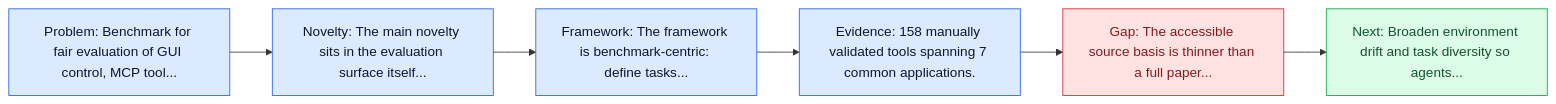
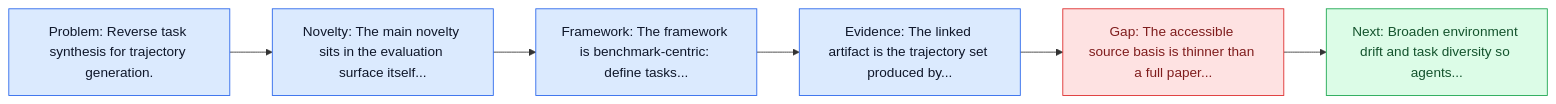
One commit to wjhou/awesome-computer-use-agents changed the first of 2 diagrams in reports/link-audit/papers/benchmarks-and-datasets/os-genesis-trajectories.md. Above: the diagram before and after it, drawn with Mermaid. The commit also changed other lines of this file and 96 other files, not shown here.

````diff
--- a/reports/link-audit/papers/benchmarks-and-datasets/os-genesis-trajectories.md
+++ b/reports/link-audit/papers/benchmarks-and-datasets/os-genesis-trajectories.md
@@ -30,15 +30,15 @@
 ```mermaid
 flowchart LR
-  Problem["Problem: Benchmark for fair evaluation of GUI control, MCP tool..."] --> Novelty["Novelty: The main novelty sits in the evaluation surface itself..."]
+  Problem["Problem: Reverse task synthesis for trajectory generation."] --> Novelty["Novelty: The main novelty sits in the evaluation surface itself..."]
   Novelty --> Framework["Framework: The framework is benchmark-centric: define tasks..."]
-  Framework --> Evidence["Evidence: 158 manually validated tools spanning 7 common applications."]
+  Framework --> Evidence["Evidence: The linked artifact is the trajectory set produced by..."]
   Evidence --> Gap["Gap: The accessible source basis is thinner than a full paper..."]
   Gap --> Next["Next: Broaden environment drift and task diversity so agents..."]
   classDef insight fill:#dbeafe,stroke:#2563eb,color:#0f172a;
   classDef risk fill:#fee2e2,stroke:#dc2626,color:#7f1d1d;
   classDef next fill:#dcfce7,stroke:#16a34a,color:#14532d;
   class Problem,Novelty,Framework insight;
   class Evidence insight;
   class Gap risk;
   class Next next;
 ```
````
